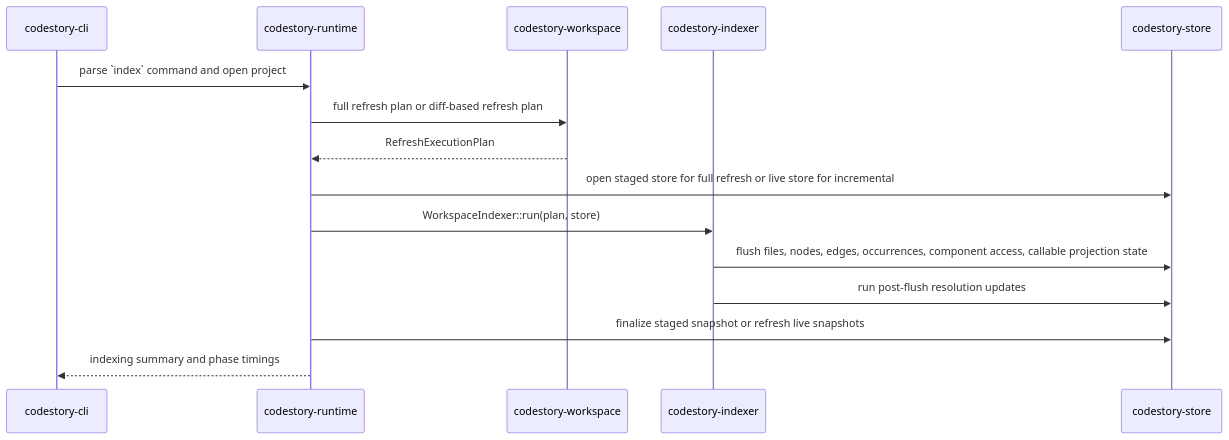
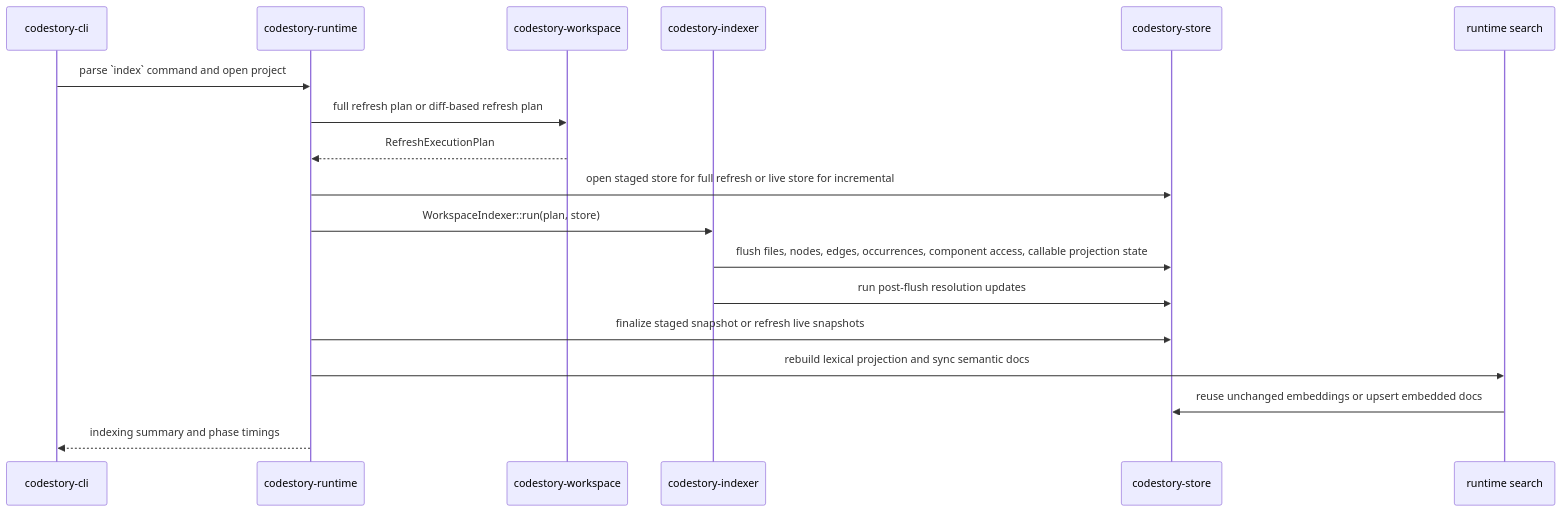
Before and after one commit to TheGreenCedar/CodeStory: the first of 2 diagrams in docs/architecture/indexing-pipeline.md, drawn with Mermaid. The commit also changed other lines of this file and 10 other files, not shown here.

Commit message:
Document index CLI options and semantic sync behavior

````diff
--- a/docs/architecture/indexing-pipeline.md
+++ b/docs/architecture/indexing-pipeline.md
@@ -9,18 +11,21 @@
 ```mermaid
 sequenceDiagram
     participant CLI as codestory-cli
     participant Runtime as codestory-runtime
     participant Workspace as codestory-workspace
     participant Indexer as codestory-indexer
     participant Store as codestory-store
+    participant Search as runtime search
 
     CLI->>Runtime: parse `index` command and open project
     Runtime->>Workspace: full refresh plan or diff-based refresh plan
     Workspace-->>Runtime: RefreshExecutionPlan
     Runtime->>Store: open staged store for full refresh or live store for incremental
     Runtime->>Indexer: WorkspaceIndexer::run(plan, store)
     Indexer->>Store: flush files, nodes, edges, occurrences, component access, callable projection state
     Indexer->>Store: run post-flush resolution updates
     Runtime->>Store: finalize staged snapshot or refresh live snapshots
+    Runtime->>Search: rebuild lexical projection and sync semantic docs
+    Search->>Store: reuse unchanged embeddings or upsert embedded docs
     Runtime-->>CLI: indexing summary and phase timings
 ```
````
